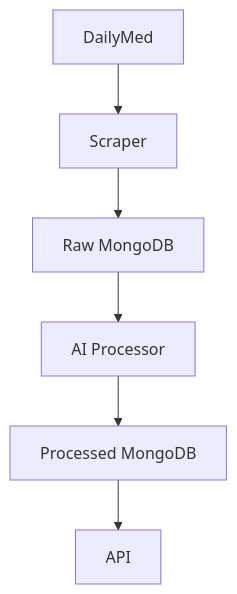
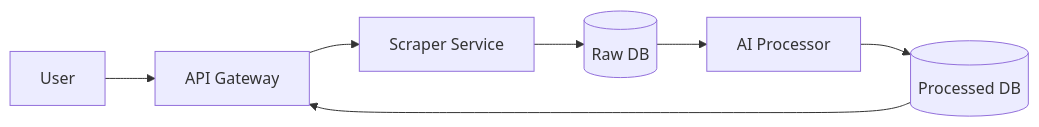
One commit to rvmedeiros/drug-mapping changed the diagram in README.md. Above: the diagram before and after it, drawn with Mermaid. The commit also changed other lines of this file, not shown here.

````diff
--- a/README.md
+++ b/README.md
@@ -45,8 +66,9 @@
 ```mermaid
-graph TD
-    A[DailyMed] --> B[Scraper]
-    B --> C[Raw MongoDB]
-    C --> D[AI Processor]
-    D --> E[Processed MongoDB]
-    E --> F[API]
+graph LR
+    A[User] --> B[API Gateway]
+    B --> C[Scraper Service]
+    C --> D[(Raw DB)]
+    D --> E[AI Processor]
+    E --> F[(Processed DB)]
+    F --> B
 ```
````
